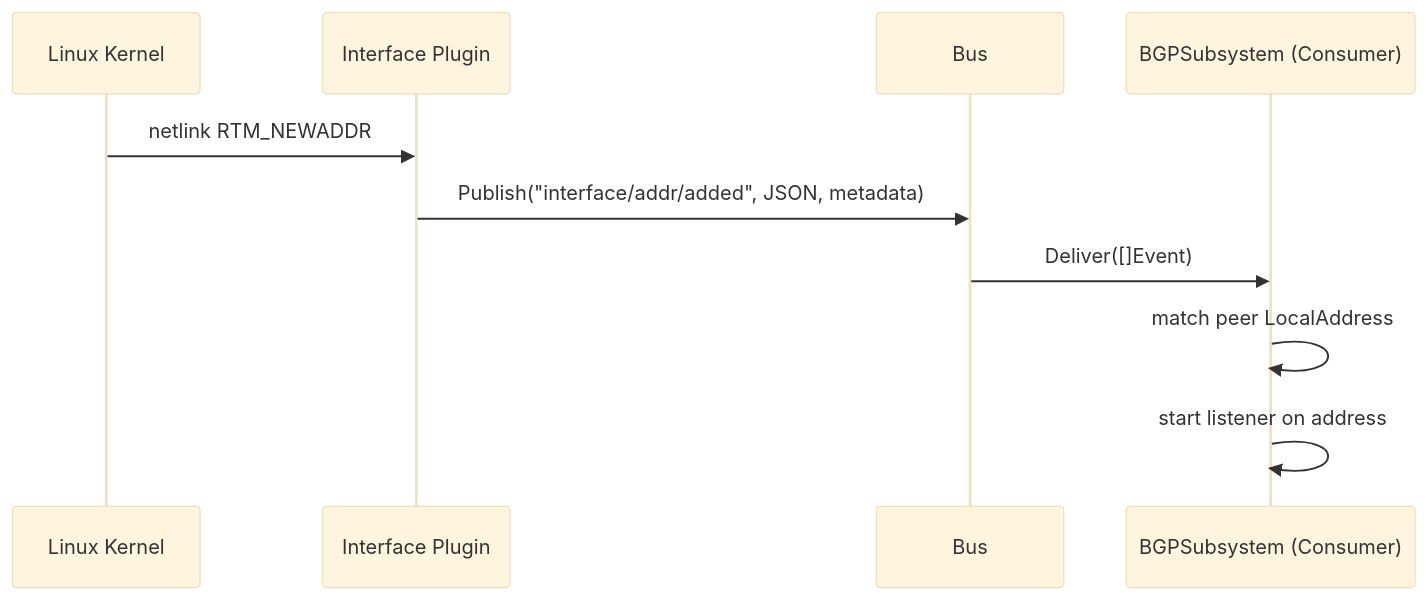
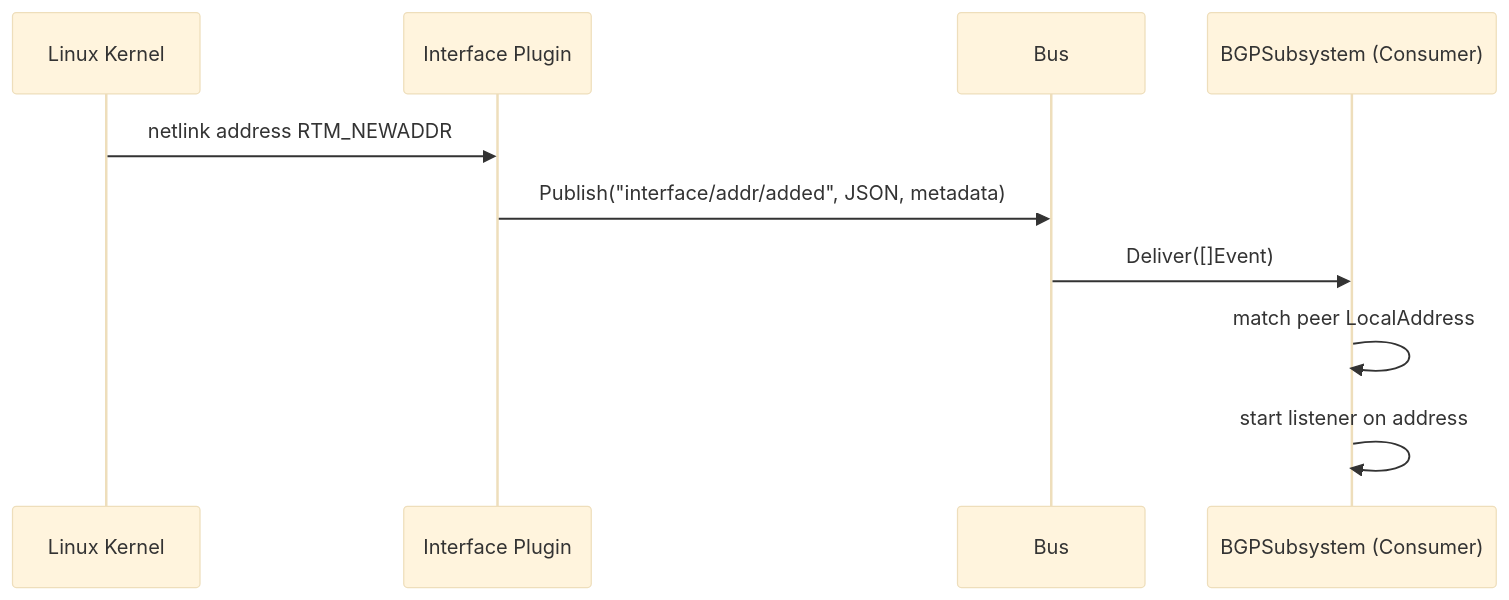
One commit to ze-software/ze changed the seventh of 9 diagrams in docs/architecture/subsystem-wiring.md. Above: the diagram before and after it, drawn with Mermaid (base theme). The commit also changed 1405 other files, not shown here.

````diff
--- a/docs/architecture/subsystem-wiring.md
+++ b/docs/architecture/subsystem-wiring.md
@@ -224,13 +224,13 @@
 ```mermaid
 sequenceDiagram
     participant OS as Linux Kernel
     participant IF as Interface Plugin
     participant BUS as Bus
     participant BGP as BGPSubsystem (Consumer)
 
-    OS->>IF: netlink RTM_NEWADDR
+    OS->>IF: netlink address RTM_NEWADDR
     IF->>BUS: Publish("interface/addr/added", JSON, metadata)
     BUS->>BGP: Deliver([]Event)
     BGP->>BGP: match peer LocalAddress
     BGP->>BGP: start listener on address
 ```
````
